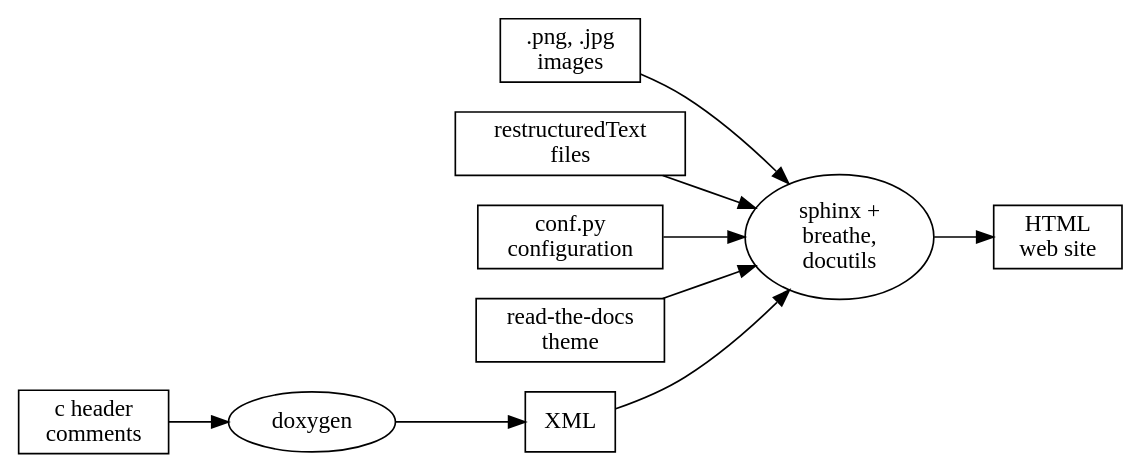
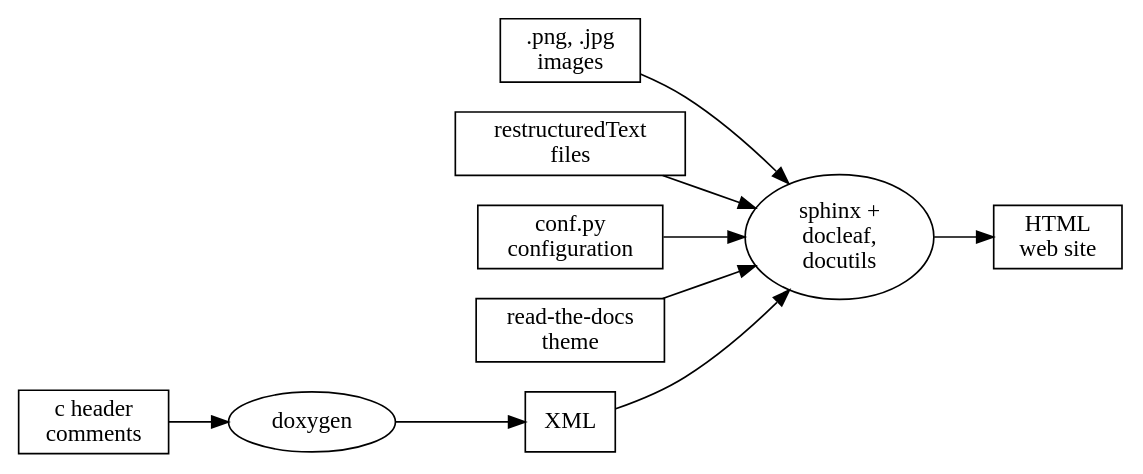
The diagram in doc/contribute/documentation/generation.rst (tmobile/DevEdge-IoTDevKit-ZephyrRTOS), drawn with Graphviz before and after one commit. The commit also changed other lines of this file and 4080 other files, not shown here.

```diff
--- a/doc/contribute/documentation/generation.rst
+++ b/doc/contribute/documentation/generation.rst
@@ -42,23 +42,23 @@
 .. graphviz::
    :caption: Schematic of the documentation build process
 
    digraph {
       rankdir=LR
 
       images [shape="rectangle" label=".png, .jpg\nimages"]
       rst [shape="rectangle" label="restructuredText\nfiles"]
       conf [shape="rectangle" label="conf.py\nconfiguration"]
       rtd [shape="rectangle" label="read-the-docs\ntheme"]
       header [shape="rectangle" label="c header\ncomments"]
       xml [shape="rectangle" label="XML"]
       html [shape="rectangle" label="HTML\nweb site"]
-      sphinx[shape="ellipse" label="sphinx +\nbreathe,\ndocutils"]
+      sphinx[shape="ellipse" label="sphinx +\ndocleaf,\ndocutils"]
       images -> sphinx
       rst -> sphinx
       conf -> sphinx
       header -> doxygen
       doxygen -> xml
       xml-> sphinx
       rtd -> sphinx
       sphinx -> html
    }
```
